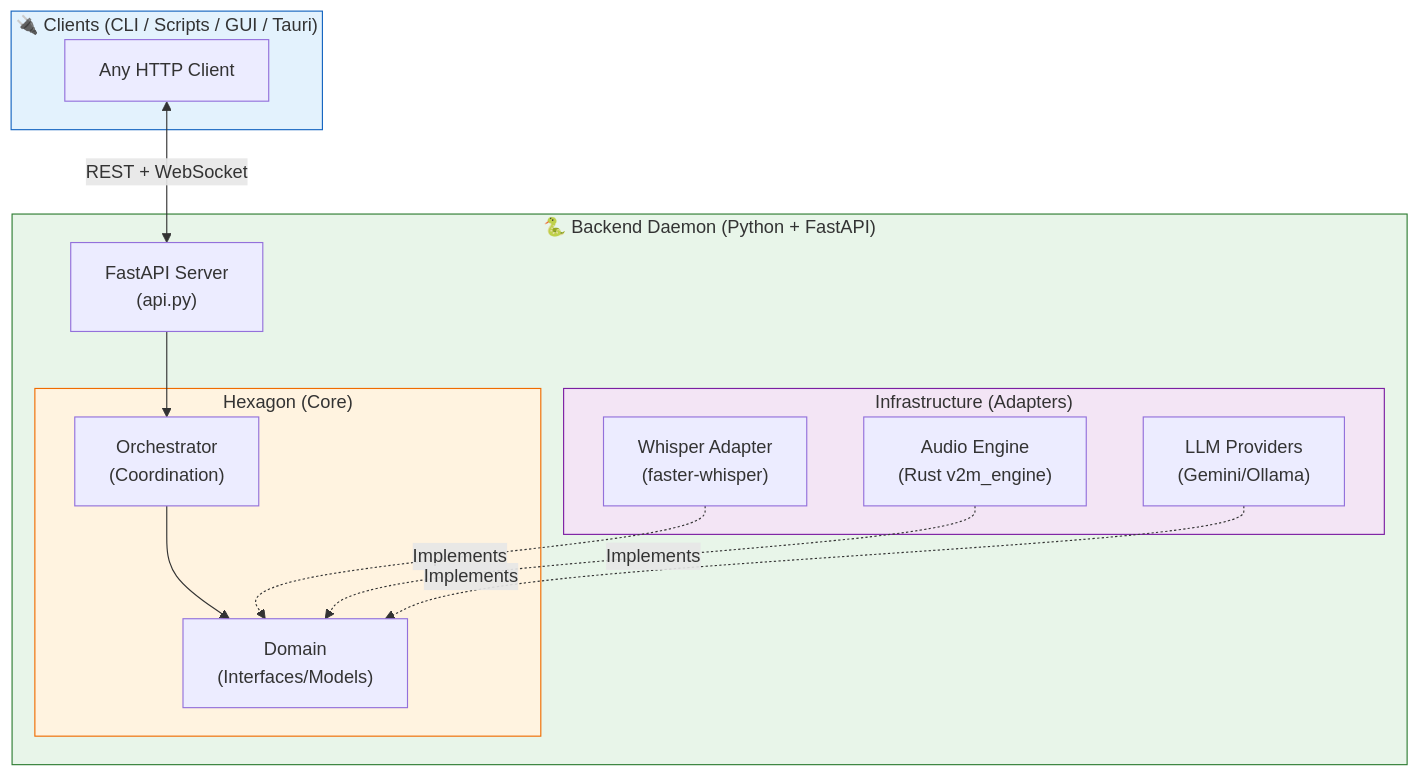
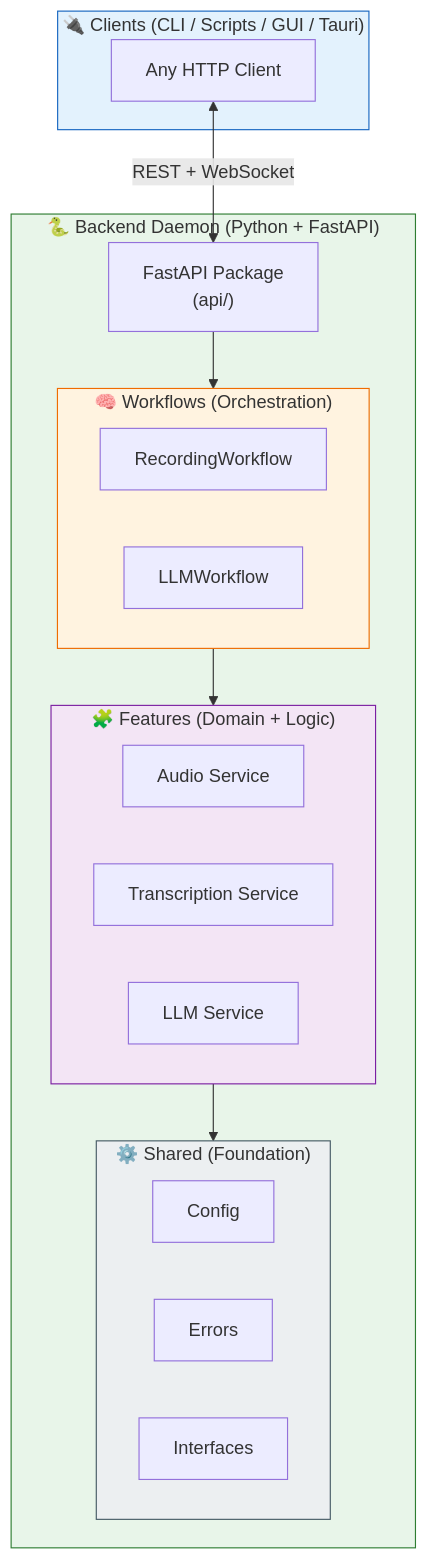
One commit to zarvent/v2m-lab changed the first of 2 diagrams in docs/docs/en/architecture.md. Above: the diagram before and after it, drawn with Mermaid. The commit also changed other lines of this file and 42 other files, not shown here.

````diff
--- a/docs/docs/en/architecture.md
+++ b/docs/docs/en/architecture.md
@@ -10,33 +18,38 @@
 ```mermaid
 graph TD
     subgraph Clients ["🔌 Clients (CLI / Scripts / GUI / Tauri)"]
         ClientApp["Any HTTP Client"]
     end
 
     subgraph Backend ["🐍 Backend Daemon (Python + FastAPI)"]
-        API["FastAPI Server<br>(api.py)"]
+        API["FastAPI Package<br>(api/)"]
 
-        subgraph Hexagon ["Hexagon (Core)"]
-            Orchestrator["Orchestrator<br>(Coordination)"]
-            Domain["Domain<br>(Interfaces/Models)"]
+        subgraph Workflows ["🧠 Workflows (Orchestration)"]
+            RecWF["RecordingWorkflow"]
+            LLMWF["LLMWorkflow"]
         end
 
-        subgraph Infra ["Infrastructure (Adapters)"]
-            Whisper["Whisper Adapter<br>(faster-whisper)"]
-            Audio["Audio Engine<br>(Rust v2m_engine)"]
-            LLM["LLM Providers<br>(Gemini/Ollama)"]
+        subgraph Features ["🧩 Features (Domain + Logic)"]
+            AudioFeat["Audio Service"]
+            TranscFeat["Transcription Service"]
+            LLMFeat["LLM Service"]
+        end
+
+        subgraph Shared ["⚙️ Shared (Foundation)"]
+            Config["Config"]
+            Errors["Errors"]
+            Interfaces["Interfaces"]
         end
     end
 
     ClientApp <-->|REST + WebSocket| API
-    API --> Orchestrator
-    Orchestrator --> Domain
-    Whisper -.->|Implements| Domain
-    Audio -.->|Implements| Domain
-    LLM -.->|Implements| Domain
+    API --> Workflows
+    Workflows --> Features
+    Features --> Shared
 
     style Clients fill:#e3f2fd,stroke:#1565c0
     style Backend fill:#e8f5e9,stroke:#2e7d32
-    style Hexagon fill:#fff3e0,stroke:#ef6c00
-    style Infra fill:#f3e5f5,stroke:#7b1fa2
+    style Workflows fill:#fff3e0,stroke:#ef6c00
+    style Features fill:#f3e5f5,stroke:#7b1fa2
+    style Shared fill:#eceff1,stroke:#455a64
 ```
````
